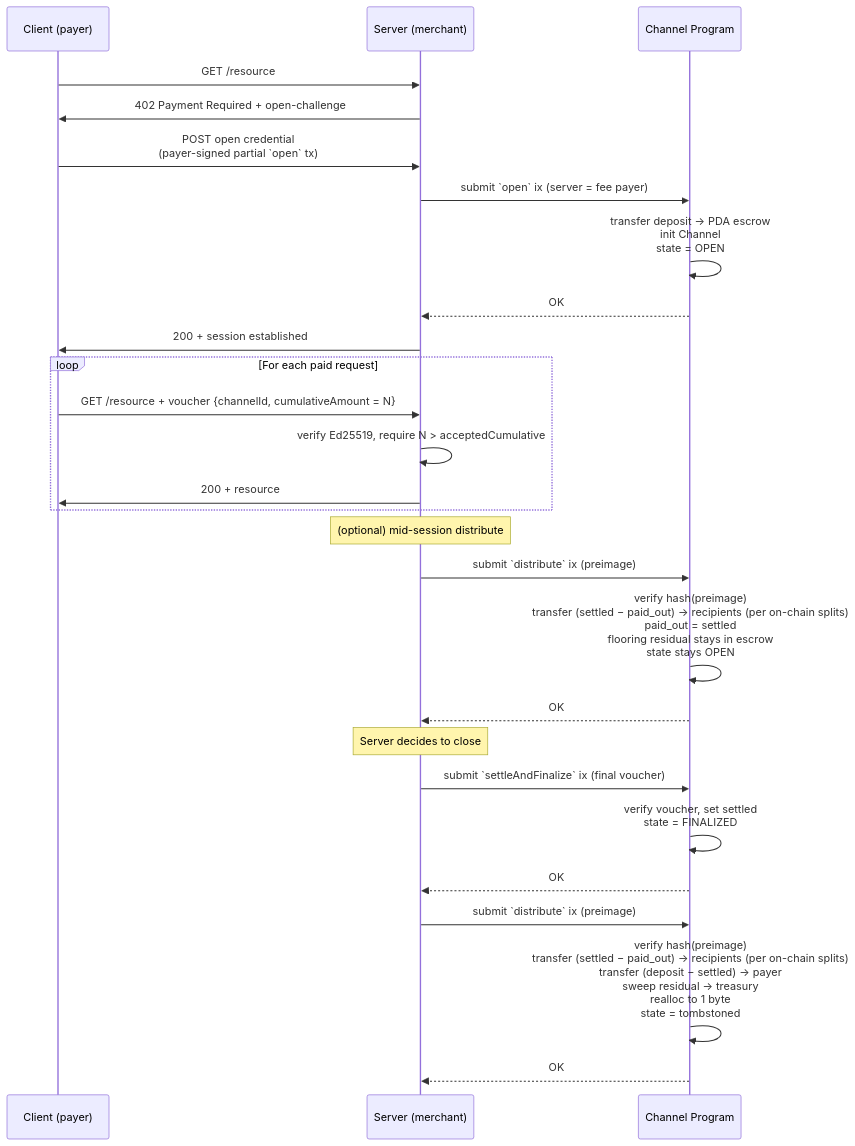
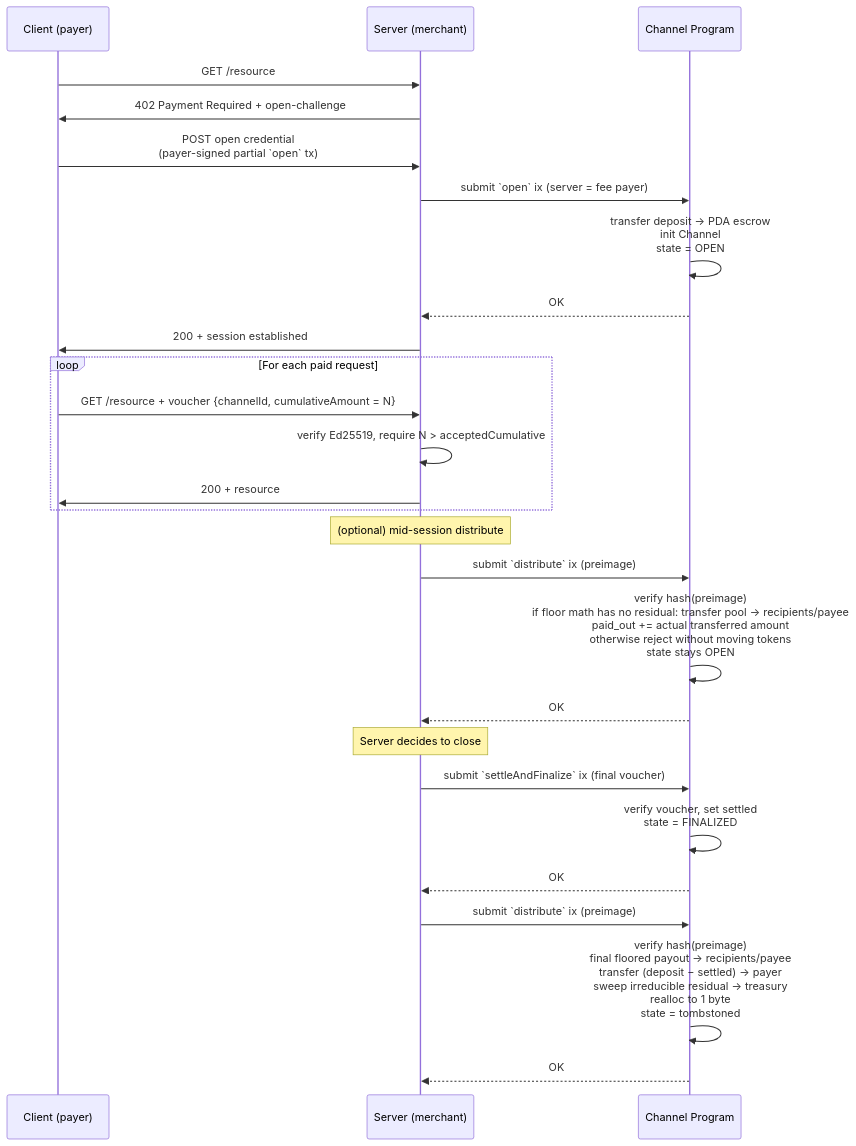
One commit to solana-foundation/payment-channels changed the first of 2 diagrams in docs/002-http-protocol.md. Above: the diagram before and after it, drawn with Mermaid. The commit also changed other lines of this file and 10 other files, not shown here.

First line of the commit message:
fix(distribute): reject open payouts with flooring residual

````diff
--- a/docs/002-http-protocol.md
+++ b/docs/002-http-protocol.md
@@ -108,35 +108,35 @@
 ```mermaid
 sequenceDiagram
     participant C as Client (payer)
     participant S as Server (merchant)
     participant P as Channel Program
 
     C->>S: GET /resource
     S->>C: 402 Payment Required + open-challenge
 
     C->>S: POST open credential<br/>(payer-signed partial `open` tx)
     S->>P: submit `open` ix (server = fee payer)
     P->>P: transfer deposit → PDA escrow<br/>init Channel<br/>state = OPEN
     P-->>S: OK
     S->>C: 200 + session established
 
     loop For each paid request
         C->>S: GET /resource + voucher {channelId, cumulativeAmount = N}
         S->>S: verify Ed25519, require N > acceptedCumulative
         S->>C: 200 + resource
     end
 
     Note over S: (optional) mid-session distribute
     S->>P: submit `distribute` ix (preimage)
-    P->>P: verify hash(preimage)<br/>transfer (settled − paid_out) → recipients (per on-chain splits)<br/>paid_out = settled<br/>flooring residual stays in escrow<br/>state stays OPEN
+    P->>P: verify hash(preimage)<br/>if floor math has no residual: transfer pool → recipients/payee<br/>paid_out += actual transferred amount<br/>otherwise reject without moving tokens<br/>state stays OPEN
     P-->>S: OK
 
     Note over S: Server decides to close
     S->>P: submit `settleAndFinalize` ix (final voucher)
     P->>P: verify voucher, set settled<br/>state = FINALIZED
     P-->>S: OK
 
     S->>P: submit `distribute` ix (preimage)
-    P->>P: verify hash(preimage)<br/>transfer (settled − paid_out) → recipients (per on-chain splits)<br/>transfer (deposit − settled) → payer<br/>sweep residual → treasury<br/>realloc to 1 byte<br/>state = tombstoned
+    P->>P: verify hash(preimage)<br/>final floored payout → recipients/payee<br/>transfer (deposit − settled) → payer<br/>sweep irreducible residual → treasury<br/>realloc to 1 byte<br/>state = tombstoned
     P-->>S: OK
 ```
````
